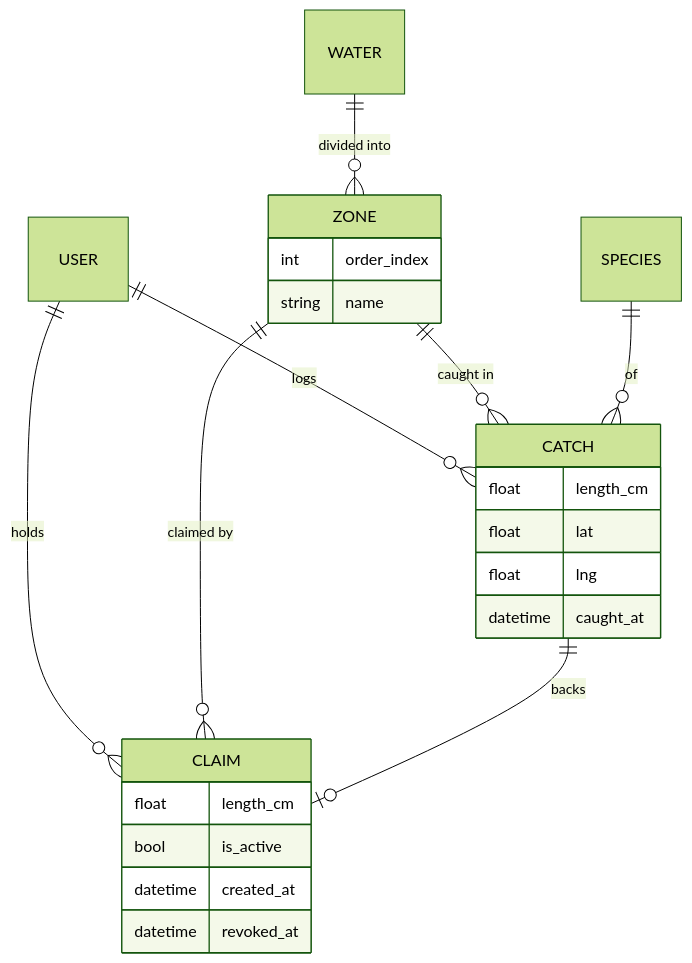
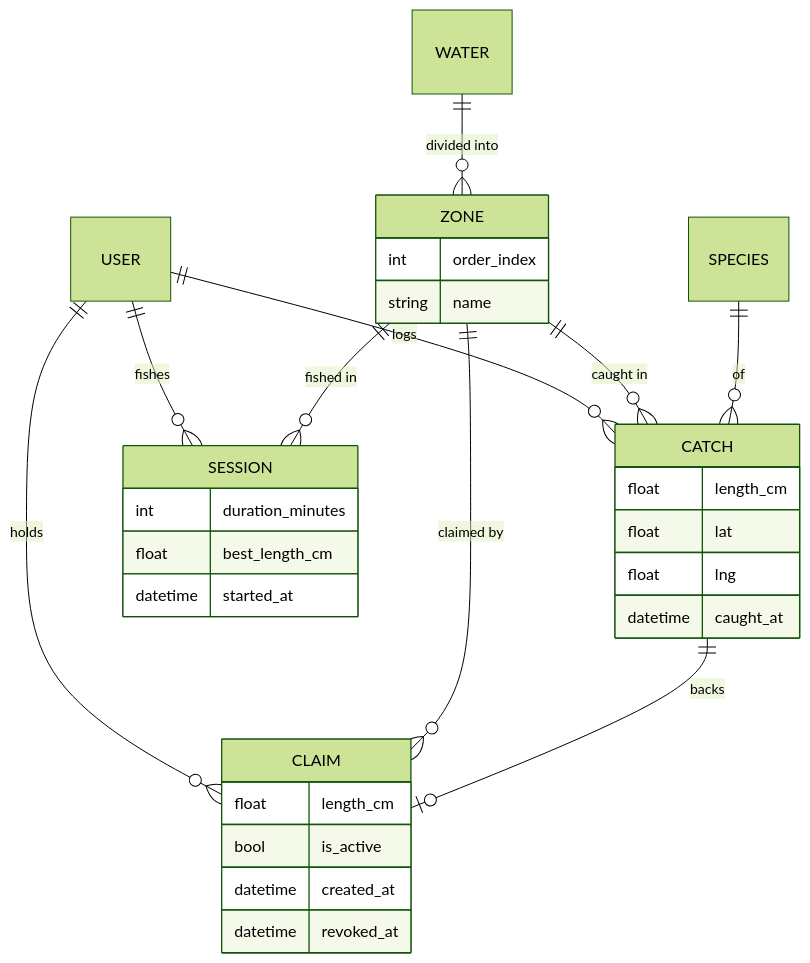
The second of 2 diagrams in README.md (decstar714/fishclaim), drawn with Mermaid (forest theme) before and after one commit. The commit also changed other lines of this file and 1 other file, not shown here.

````diff
--- a/README.md
+++ b/README.md
@@ -57,14 +74,17 @@
 ```mermaid
 erDiagram
     USER  ||--o{ CATCH   : logs
     USER  ||--o{ CLAIM   : holds
+    USER  ||--o{ SESSION : fishes
     WATER ||--o{ ZONE    : "divided into"
     ZONE  ||--o{ CATCH   : "caught in"
     ZONE  ||--o{ CLAIM   : "claimed by"
+    ZONE  ||--o{ SESSION : "fished in"
     SPECIES ||--o{ CATCH : "of"
     CATCH ||--o| CLAIM   : "backs"
 
-    CATCH { float length_cm float lat float lng datetime caught_at }
-    CLAIM { float length_cm bool is_active datetime created_at datetime revoked_at }
-    ZONE  { int order_index string name }
+    CATCH   { float length_cm float lat float lng datetime caught_at }
+    CLAIM   { float length_cm bool is_active datetime created_at datetime revoked_at }
+    SESSION { int duration_minutes float best_length_cm datetime started_at }
+    ZONE    { int order_index string name }
 ```
````
